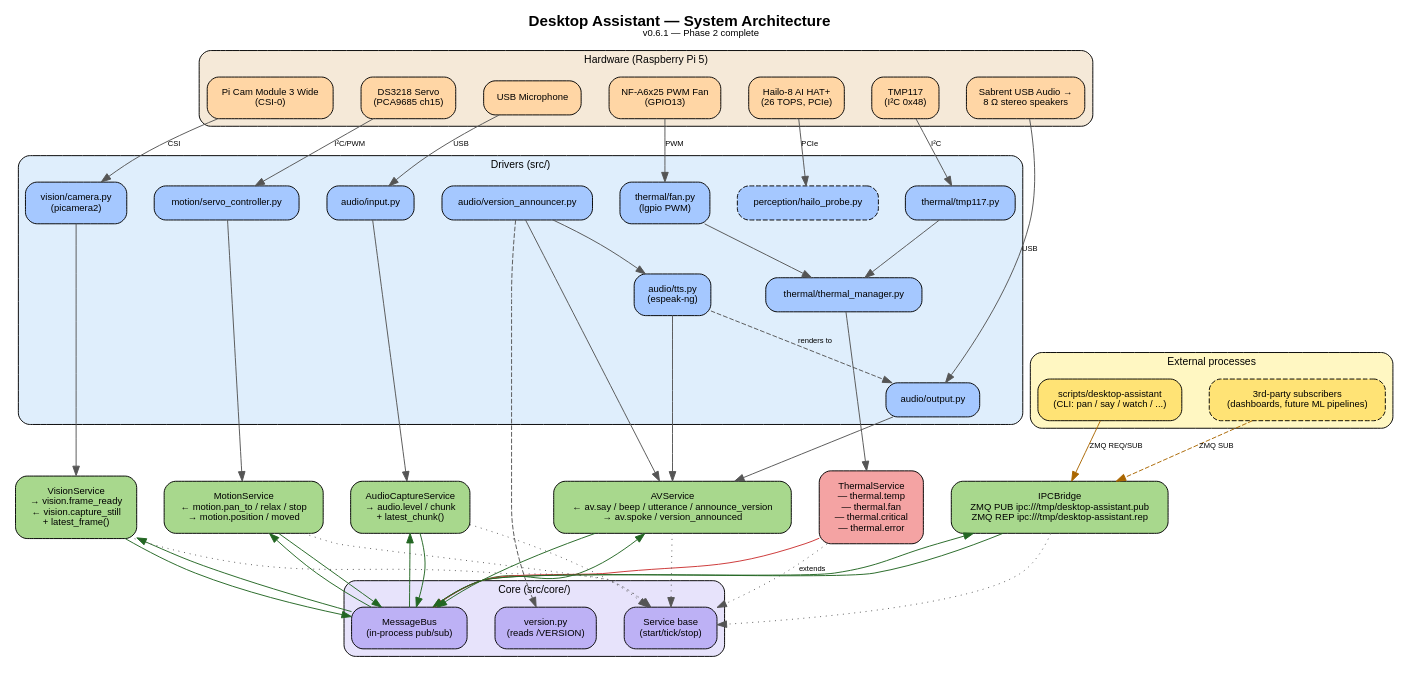
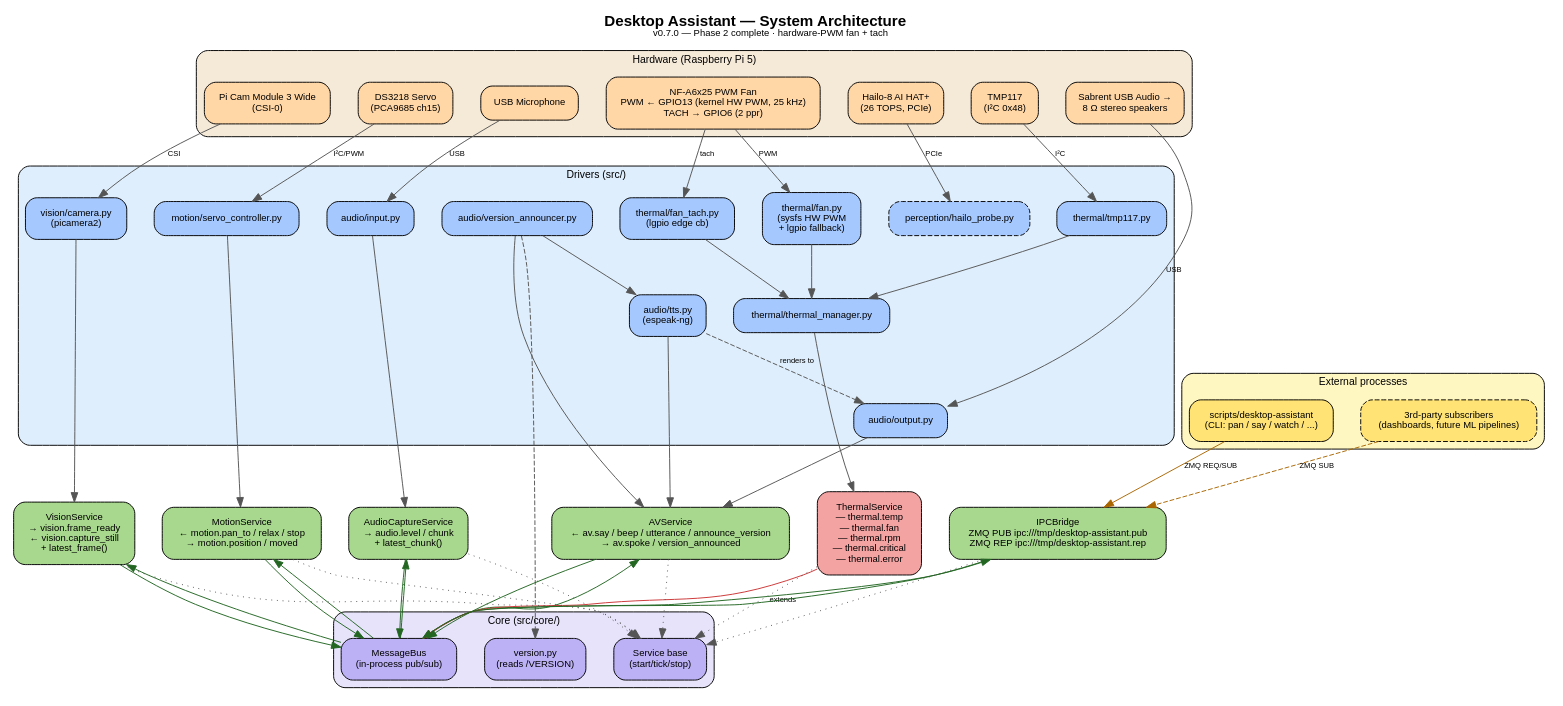
The diagram in docs/architecture/architecture.dot (mazum01/desktop-assistant), drawn with Graphviz before and after one commit. The commit also changed 14 other files, not shown here.

First line of the commit message:
feat(thermal): hardware-PWM fan @ 25 kHz + tach RPM reader (v0.7.0)

```diff
--- a/docs/architecture/architecture.dot
+++ b/docs/architecture/architecture.dot
@@ -1,173 +1,176 @@
 // Desktop Assistant — System Architecture
 //
 // This file is the source of truth for docs/architecture/architecture.pdf.
 // Regenerate with:  bash docs/architecture/build.sh
 //
 // Per agent imperative #7: this diagram MUST be updated whenever a service,
 // driver, hardware item, or topic is added/removed/renamed.
 
 digraph DesktopAssistant {
     rankdir=TB;
     splines=true;
     nodesep=0.4;
     ranksep=0.6;
     fontname="Helvetica";
     labelloc="t";
-    label=<<b>Desktop Assistant — System Architecture</b><br/><font point-size="10">v0.6.1 — Phase 2 complete</font>>;
+    label=<<b>Desktop Assistant — System Architecture</b><br/><font point-size="10">v0.7.0 — Phase 2 complete · hardware-PWM fan + tach</font>>;
     fontsize=16;
 
     node  [shape=box, style="rounded,filled", fontname="Helvetica", fontsize=10, margin=0.15];
     edge  [fontname="Helvetica", fontsize=8, color="#555555"];
 
     // ─────────────────────────────────────────────────────────────────
     // Hardware layer
     // ─────────────────────────────────────────────────────────────────
     subgraph cluster_hw {
         label="Hardware (Raspberry Pi 5)";
         style="filled,rounded";
         fillcolor="#f5e9d8";
         fontsize=11;
 
         hw_tmp117  [label="TMP117\n(I²C 0x48)",       fillcolor="#ffd6a5"];
-        hw_fan     [label="NF-A6x25 PWM Fan\n(GPIO13)", fillcolor="#ffd6a5"];
+        hw_fan     [label="NF-A6x25 PWM Fan\nPWM ← GPIO13 (kernel HW PWM, 25 kHz)\nTACH → GPIO6 (2 ppr)", fillcolor="#ffd6a5"];
         hw_servo   [label="DS3218 Servo\n(PCA9685 ch15)", fillcolor="#ffd6a5"];
         hw_cam     [label="Pi Cam Module 3 Wide\n(CSI-0)", fillcolor="#ffd6a5"];
         hw_mic     [label="USB Microphone",        fillcolor="#ffd6a5"];
         hw_spk     [label="Sabrent USB Audio →\n8 Ω stereo speakers", fillcolor="#ffd6a5"];
         hw_hailo   [label="Hailo-8 AI HAT+\n(26 TOPS, PCIe)",  fillcolor="#ffd6a5"];
     }
 
     // ─────────────────────────────────────────────────────────────────
     // Driver layer (src/...)
     // ─────────────────────────────────────────────────────────────────
     subgraph cluster_drv {
         label="Drivers (src/)";
         style="filled,rounded";
         fillcolor="#dfeefc";
         fontsize=11;
 
         drv_tmp117 [label="thermal/tmp117.py",          fillcolor="#a5c8ff"];
-        drv_fan    [label="thermal/fan.py\n(lgpio PWM)", fillcolor="#a5c8ff"];
+        drv_fan    [label="thermal/fan.py\n(sysfs HW PWM\n+ lgpio fallback)", fillcolor="#a5c8ff"];
+        drv_tach   [label="thermal/fan_tach.py\n(lgpio edge cb)", fillcolor="#a5c8ff"];
         drv_thmgr  [label="thermal/thermal_manager.py", fillcolor="#a5c8ff"];
         drv_servo  [label="motion/servo_controller.py", fillcolor="#a5c8ff"];
         drv_cam    [label="vision/camera.py\n(picamera2)", fillcolor="#a5c8ff"];
         drv_aout   [label="audio/output.py",            fillcolor="#a5c8ff"];
         drv_ain    [label="audio/input.py",             fillcolor="#a5c8ff"];
         drv_tts    [label="audio/tts.py\n(espeak-ng)",  fillcolor="#a5c8ff"];
         drv_van    [label="audio/version_announcer.py", fillcolor="#a5c8ff"];
         drv_hailo  [label="perception/hailo_probe.py",  fillcolor="#a5c8ff", style="rounded,filled,dashed"];
     }
 
     // ─────────────────────────────────────────────────────────────────
     // Core
     // ─────────────────────────────────────────────────────────────────
     subgraph cluster_core {
         label="Core (src/core/)";
         style="filled,rounded";
         fillcolor="#e7e3fb";
         fontsize=11;
 
         core_bus    [label="MessageBus\n(in-process pub/sub)", fillcolor="#bdb1f5"];
         core_svc    [label="Service base\n(start/tick/stop)",  fillcolor="#bdb1f5"];
         core_ver    [label="version.py\n(reads /VERSION)",     fillcolor="#bdb1f5"];
     }
 
     // ─────────────────────────────────────────────────────────────────
     // Services
     // ─────────────────────────────────────────────────────────────────
     subgraph cluster_svc_thermal {
         label="systemd: desktop-assistant-thermal.service";
         style="filled,rounded";
         fillcolor="#fde0e0";
         fontsize=11;
 
-        svc_thermal [label="ThermalService\n— thermal.temp\n— thermal.fan\n— thermal.critical\n— thermal.error", fillcolor="#f4a3a3"];
+        svc_thermal [label="ThermalService\n— thermal.temp\n— thermal.fan\n— thermal.rpm\n— thermal.critical\n— thermal.error", fillcolor="#f4a3a3"];
     }
 
     subgraph cluster_svc_core {
         label="systemd: desktop-assistant-core.service";
         style="filled,rounded";
         fillcolor="#e2f5d8";
         fontsize=11;
 
         svc_motion  [label="MotionService\n← motion.pan_to / relax / stop\n→ motion.position / moved", fillcolor="#a8d88d"];
         svc_vision  [label="VisionService\n→ vision.frame_ready\n← vision.capture_still\n+ latest_frame()",        fillcolor="#a8d88d"];
         svc_audio   [label="AudioCaptureService\n→ audio.level / chunk\n+ latest_chunk()",                          fillcolor="#a8d88d"];
         svc_av      [label="AVService\n← av.say / beep / utterance / announce_version\n→ av.spoke / version_announced", fillcolor="#a8d88d"];
         svc_ipc     [label="IPCBridge\nZMQ PUB ipc:///tmp/desktop-assistant.pub\nZMQ REP ipc:///tmp/desktop-assistant.rep", fillcolor="#a8d88d"];
     }
 
     // ─────────────────────────────────────────────────────────────────
     // External
     // ─────────────────────────────────────────────────────────────────
     subgraph cluster_ext {
         label="External processes";
         style="filled,rounded";
         fillcolor="#fff7c2";
         fontsize=11;
 
         ext_cli [label="scripts/desktop-assistant\n(CLI: pan / say / watch / ...)", fillcolor="#ffe375"];
         ext_3p  [label="3rd-party subscribers\n(dashboards, future ML pipelines)", fillcolor="#ffe375", style="rounded,filled,dashed"];
     }
 
     // ─────────────────────────────────────────────────────────────────
     // Edges — hardware → drivers
     // ─────────────────────────────────────────────────────────────────
     hw_tmp117 -> drv_tmp117 [label="I²C"];
     hw_fan    -> drv_fan    [label="PWM"];
+    hw_fan    -> drv_tach   [label="tach"];
     hw_servo  -> drv_servo  [label="I²C/PWM"];
     hw_cam    -> drv_cam    [label="CSI"];
     hw_mic    -> drv_ain    [label="USB"];
     hw_spk    -> drv_aout   [label="USB"];
     hw_hailo  -> drv_hailo  [label="PCIe"];
 
     drv_tmp117 -> drv_thmgr;
     drv_fan    -> drv_thmgr;
+    drv_tach   -> drv_thmgr;
     drv_tts    -> drv_aout  [style=dashed, label="renders to"];
     drv_van    -> drv_tts;
     drv_van    -> core_ver  [style=dashed];
 
     // ─────────────────────────────────────────────────────────────────
     // Drivers → services
     // ─────────────────────────────────────────────────────────────────
     drv_thmgr -> svc_thermal;
     drv_servo -> svc_motion;
     drv_cam   -> svc_vision;
     drv_ain   -> svc_audio;
     drv_aout  -> svc_av;
     drv_tts   -> svc_av;
     drv_van   -> svc_av;
 
     // ─────────────────────────────────────────────────────────────────
     // Services ↔ bus
     // ─────────────────────────────────────────────────────────────────
     svc_thermal -> core_bus [color="#cc3333"];
     core_bus -> svc_motion  [color="#226622"];
     svc_motion -> core_bus  [color="#226622"];
     core_bus -> svc_vision  [color="#226622"];
     svc_vision -> core_bus  [color="#226622"];
     core_bus -> svc_audio   [color="#226622"];
     svc_audio -> core_bus   [color="#226622"];
     core_bus -> svc_av      [color="#226622"];
     svc_av   -> core_bus    [color="#226622"];
     core_bus -> svc_ipc     [color="#226622"];
     svc_ipc  -> core_bus    [color="#226622"];
 
     svc_thermal -> core_svc [style=dotted, label="extends"];
     svc_motion  -> core_svc [style=dotted];
     svc_vision  -> core_svc [style=dotted];
     svc_audio   -> core_svc [style=dotted];
     svc_av      -> core_svc [style=dotted];
     svc_ipc     -> core_svc [style=dotted];
 
     // ─────────────────────────────────────────────────────────────────
     // External
     // ─────────────────────────────────────────────────────────────────
     ext_cli -> svc_ipc [label="ZMQ REQ/SUB", color="#aa6600"];
     ext_3p  -> svc_ipc [label="ZMQ SUB",     color="#aa6600", style=dashed];
 
     // ─────────────────────────────────────────────────────────────────
     // Boot ordering
     // ─────────────────────────────────────────────────────────────────
     {rank=same; svc_thermal; svc_motion; svc_vision; svc_audio; svc_av; svc_ipc;}
 }
```
